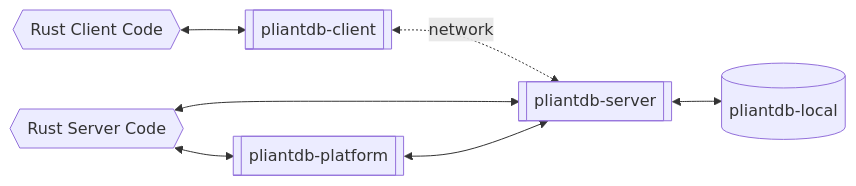
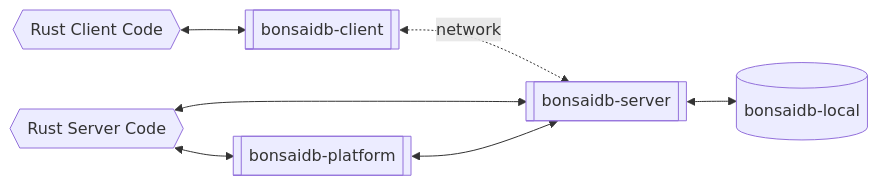
One commit to khonsulabs/bonsaidb changed the fourth of 5 diagrams in book/src/about/access_models.md. Above: the diagram before and after it, drawn with Mermaid. The commit also changed other lines of this file and 110 other files, not shown here.

````diff
--- a/book/src/about/access_models.md
+++ b/book/src/about/access_models.md
@@ -53,15 +53,15 @@
 ```mermaid
 graph LR
   client-code{{Rust Client Code}}
   server-code{{Rust Server Code}}
-  client[[pliantdb-client]]
-  server[[pliantdb-server]]
-  platform[[pliantdb-platform]]
-  local[(pliantdb-local)]
+  client[[bonsaidb-client]]
+  server[[bonsaidb-server]]
+  platform[[bonsaidb-platform]]
+  local[(bonsaidb-local)]
   client-code <--> client
   client <-. network .-> server
   server <--> local
   server-code <--> server
   server-code <--> platform
   platform <--> server
 ```
````
